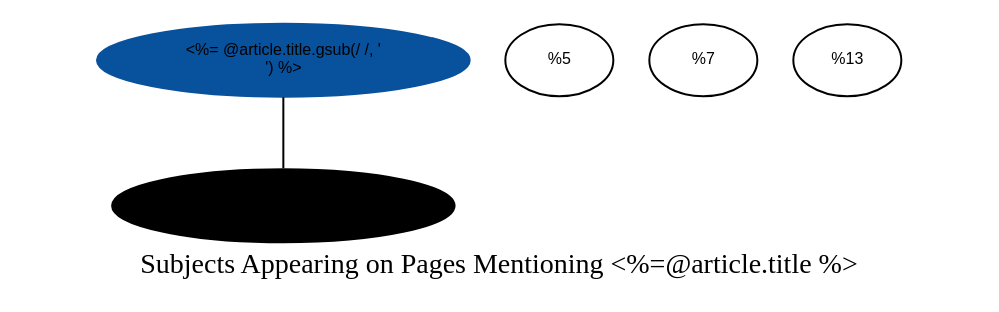
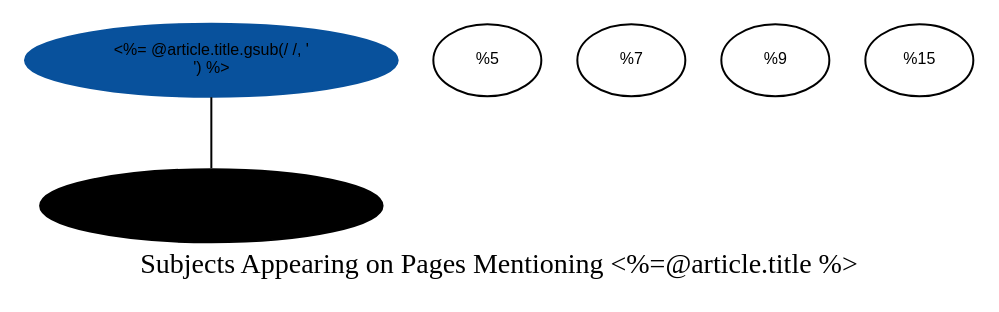
Before and after one commit to benwbrum/fromthepage: the diagram in app/views/article/graph.dot, drawn with Graphviz. The commit also changed 2 other files, not shown here.

Commit message:
Fixed graph a bit more

```diff
--- a/app/views/article/graph.dot
+++ b/app/views/article/graph.dot
@@ -1,18 +1,22 @@
 graph G {
   graph [label="Subjects Appearing on Pages Mentioning <%=@article.title %>"];
   node [fontsize=8,fontname="Helvetica"];
   <%= @article.id %> 
     [style=filled,
      label="<%= @article.title.gsub(/ /, '\n') %>",
      color="/blues9/8"];
   <% for link in article_links %>
-    <% length =  1 - ( link['link_count'].to_f / link_total.to_f)
-       length *= 1.75
-       color = ((link['link_count'].to_f / link_max.to_f)*7).to_i + 1 %>
+    <% rank = "#{link['link_count']} of #{link_max}" %>
+    <% length =  1 + ( link_max.to_i - link['link_count'].to_i  )
+       # convert from 1:N to (1:N)/N
+       normalized = length / link_max.to_f
+       # stretch and pad a bit
+       scaled = (normalized * 1) + 0.75
+       color = ((1-normalized)*7).to_i + 1 %>
     <%= link['article_id'] %> 
       [style=filled,
-       label="<%= link['title'].gsub(/ /, '\n') %>",
+       label="<%= link['title'].gsub(/ /, '\n')  %>",
        color="/blues9/<%= color %>"];
-    <%= @article.id %> -- <%= link['article_id'] %> [len=<%= length %>];
+    <%= @article.id %> -- <%= link['article_id'] %> [len=<%= scaled %>];
   <% end %>
 }
```
